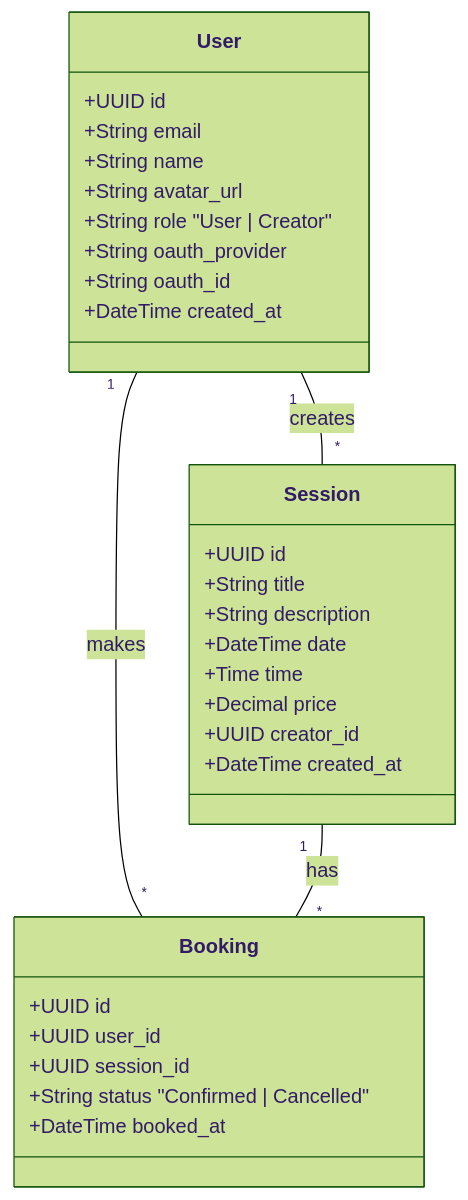
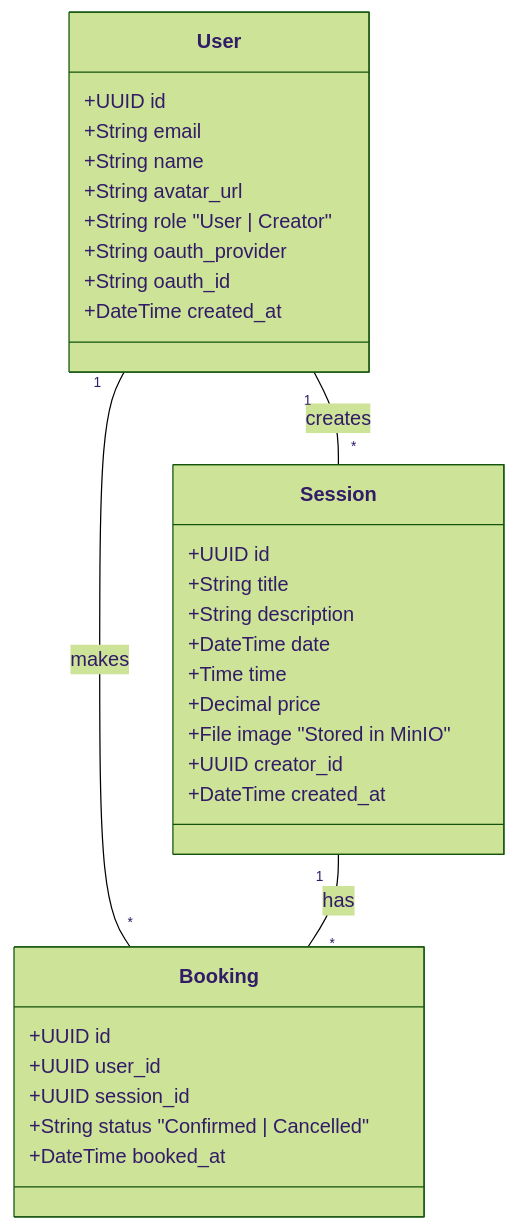
The second of 3 diagrams in README.md (tpethkar9123/ahoum-sessions-marketplace), drawn with Mermaid (forest theme) before and after one commit. The commit also changed other lines of this file, not shown here.

Commit message:
docs: update UML diagrams and architecture to include MinIO and Stripe integration

````diff
--- a/README.md
+++ b/README.md
@@ -32,36 +40,37 @@
 ```mermaid
 classDiagram
     class User {
         +UUID id
         +String email
         +String name
         +String avatar_url
         +String role "User | Creator"
         +String oauth_provider
         +String oauth_id
         +DateTime created_at
     }
 
     class Session {
         +UUID id
         +String title
         +String description
         +DateTime date
         +Time time
         +Decimal price
+        +File image "Stored in MinIO"
         +UUID creator_id
         +DateTime created_at
     }
 
     class Booking {
         +UUID id
         +UUID user_id
         +UUID session_id
         +String status "Confirmed | Cancelled"
         +DateTime booked_at
     }
 
     User "1" -- "*" Session : creates
     User "1" -- "*" Booking : makes
     Session "1" -- "*" Booking : has
 ```
````
